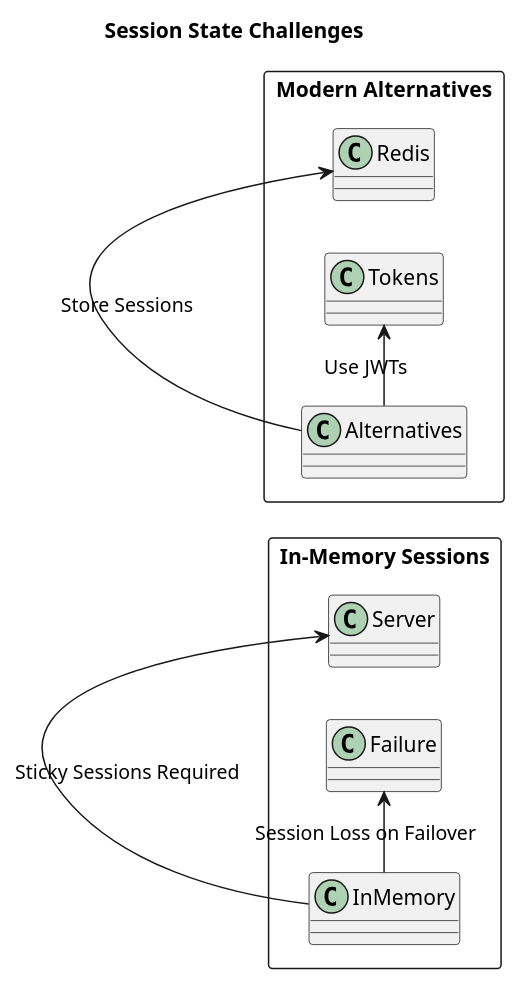
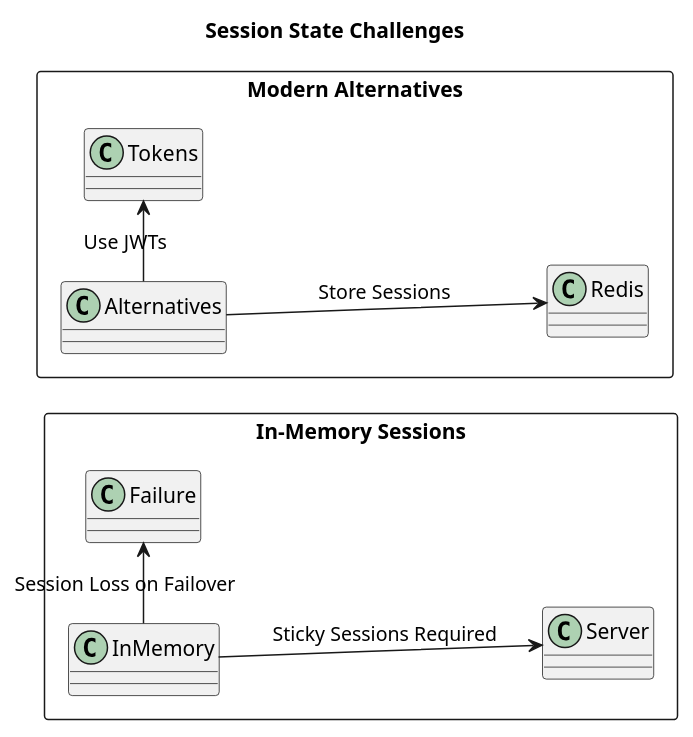
Before and after one commit to madajaju/CS8395: the third of 3 diagrams in doc/Week05/stateless-vs-stateful-services/README.marp.adoc, drawn with PlantUML. The commit also changed other lines of this file and 20 other files, not shown here.

```diff
--- a/doc/Week05/stateless-vs-stateful-services/README.marp.adoc
+++ b/doc/Week05/stateless-vs-stateful-services/README.marp.adoc
@@ -134,15 +158,15 @@
-[plantuml]
+[plantuml, format=svg, width=100%]
 ....
 @startuml
-  title Session State Challenges
-  left to right direction
-  rectangle "In-Memory Sessions" as InMemory {
-    InMemory -> Server : "Sticky Sessions Required"
-    InMemory -> Failure : "Session Loss on Failover"
-  }
-  rectangle "Modern Alternatives" as Alternatives {
-    Alternatives -> Redis : "Store Sessions"
-    Alternatives -> Tokens : "Use JWTs"
-  }
+title Session State Challenges
+left to right direction
+rectangle "In-Memory Sessions" as InMemory {
+  InMemory --> Server : "Sticky Sessions Required"
+  InMemory -> Failure : "Session Loss on Failover"
+}
+rectangle "Modern Alternatives" as Alternatives {
+  Alternatives --> Redis : "Store Sessions"
+  Alternatives -> Tokens : "Use JWTs"
+}
 @enduml
 ....
```
